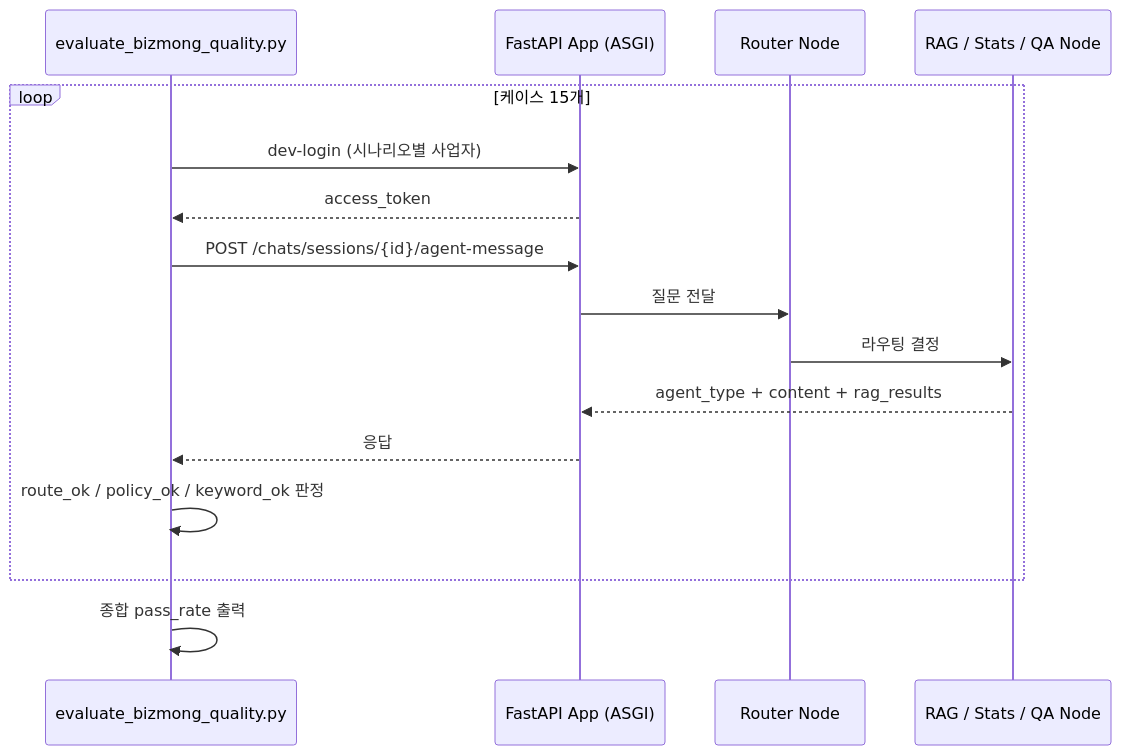
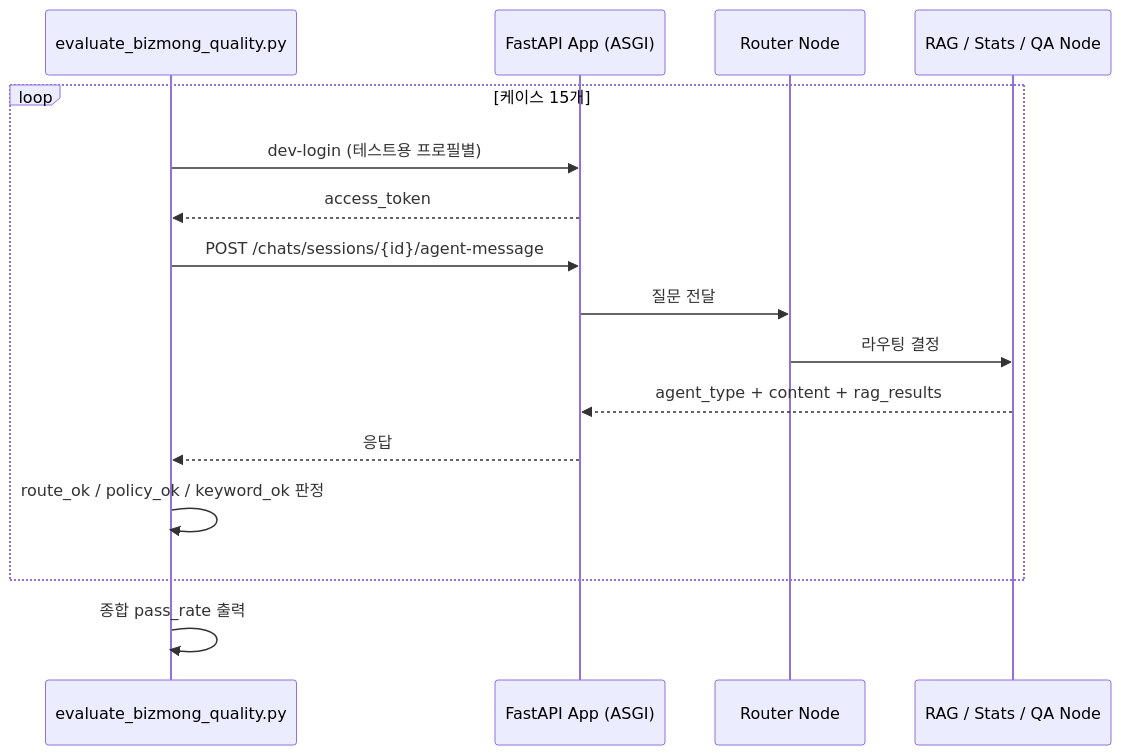
Before and after one commit to JH-SKY/biz-fund-ai: the diagram in docs/04_experiment_and_test.md, drawn with Mermaid. The commit also changed other lines of this file and 3 other files, not shown here.

````diff
--- a/docs/04_experiment_and_test.md
+++ b/docs/04_experiment_and_test.md
@@ -101,19 +101,19 @@
 ```mermaid
 sequenceDiagram
     participant E as evaluate_bizmong_quality.py
     participant A as FastAPI App (ASGI)
     participant R as Router Node
     participant RAG as RAG / Stats / QA Node
 
     loop 케이스 15개
-        E->>A: dev-login (시나리오별 사업자)
+        E->>A: dev-login (테스트용 프로필별)
         A-->>E: access_token
         E->>A: POST /chats/sessions/{id}/agent-message
         A->>R: 질문 전달
         R->>RAG: 라우팅 결정
         RAG-->>A: agent_type + content + rag_results
         A-->>E: 응답
         E->>E: route_ok / policy_ok / keyword_ok 판정
     end
     E->>E: 종합 pass_rate 출력
 ```
````
